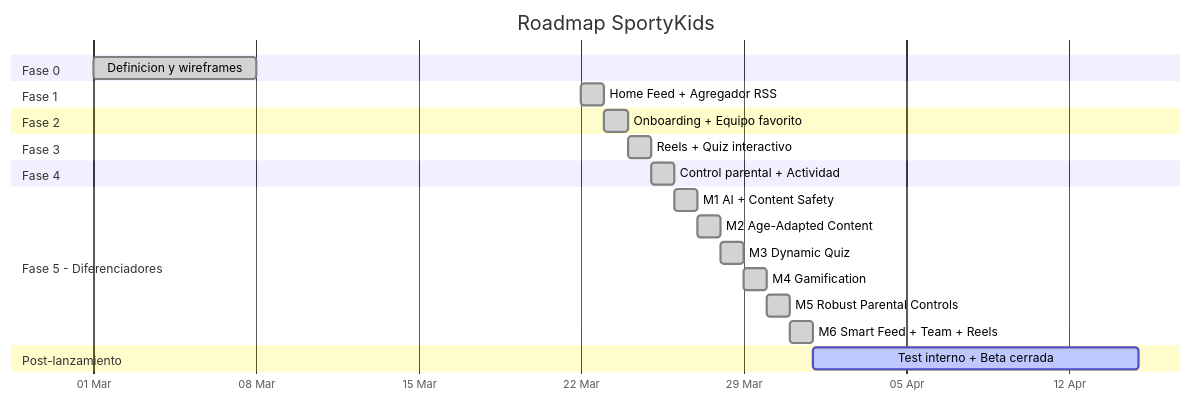
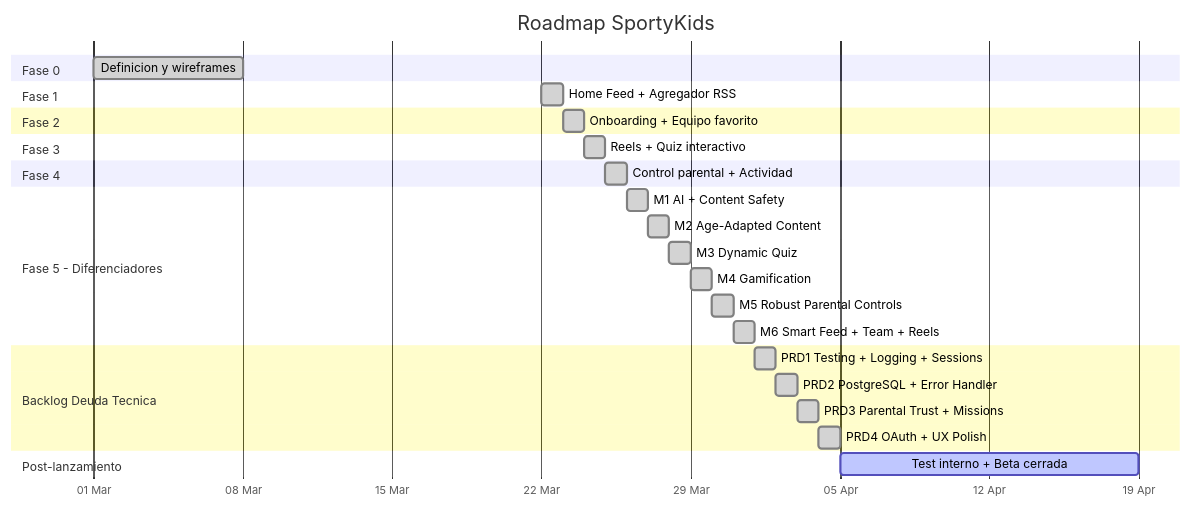
The diagram in docs/es/10-roadmap-y-decisiones.md (durdy48/SportyKids), drawn with Mermaid before and after one commit. The commit also changed other lines of this file and 425 other files, not shown here.

````diff
--- a/docs/es/10-roadmap-y-decisiones.md
+++ b/docs/es/10-roadmap-y-decisiones.md
@@ -5,32 +5,38 @@
 ```mermaid
 gantt
     title Roadmap SportyKids
     dateFormat YYYY-MM-DD
     axisFormat %d %b
 
     section Fase 0
     Definicion y wireframes       :done, f0, 2026-03-01, 7d
 
     section Fase 1
     Home Feed + Agregador RSS     :done, f1, 2026-03-22, 1d
 
     section Fase 2
     Onboarding + Equipo favorito  :done, f2, after f1, 1d
 
     section Fase 3
     Reels + Quiz interactivo      :done, f3, after f2, 1d
 
     section Fase 4
     Control parental + Actividad  :done, f4, after f3, 1d
 
     section Fase 5 - Diferenciadores
     M1 AI + Content Safety        :done, m1, after f4, 1d
     M2 Age-Adapted Content        :done, m2, after m1, 1d
     M3 Dynamic Quiz               :done, m3, after m2, 1d
     M4 Gamification               :done, m4, after m3, 1d
     M5 Robust Parental Controls   :done, m5, after m4, 1d
     M6 Smart Feed + Team + Reels  :done, m6, after m5, 1d
 
+    section Backlog Deuda Tecnica
+    PRD1 Testing + Logging + Sessions :done, td1, after m6, 1d
+    PRD2 PostgreSQL + Error Handler   :done, td2, after td1, 1d
+    PRD3 Parental Trust + Missions    :done, td3, after td2, 1d
+    PRD4 OAuth + UX Polish            :done, td4, after td3, 1d
+
     section Post-lanzamiento
-    Test interno + Beta cerrada   :active, beta, after m6, 14d
+    Test interno + Beta cerrada   :active, beta, after td4, 14d
 ```
````
